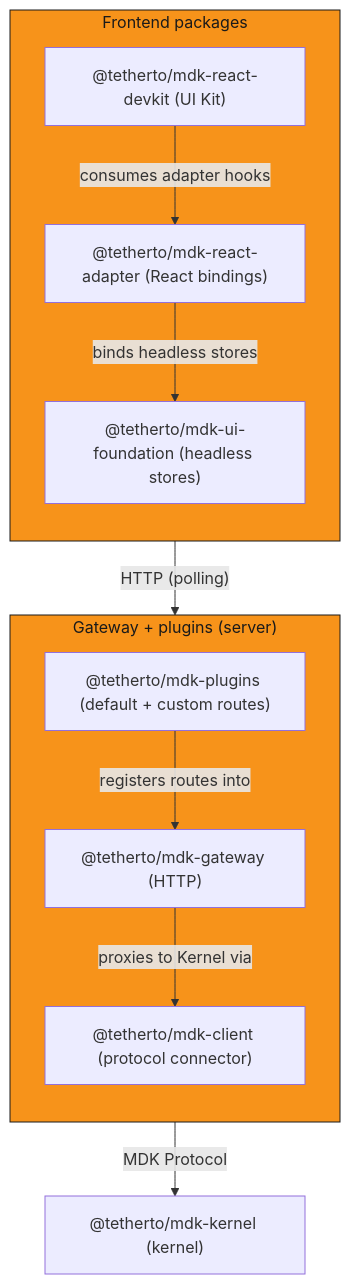
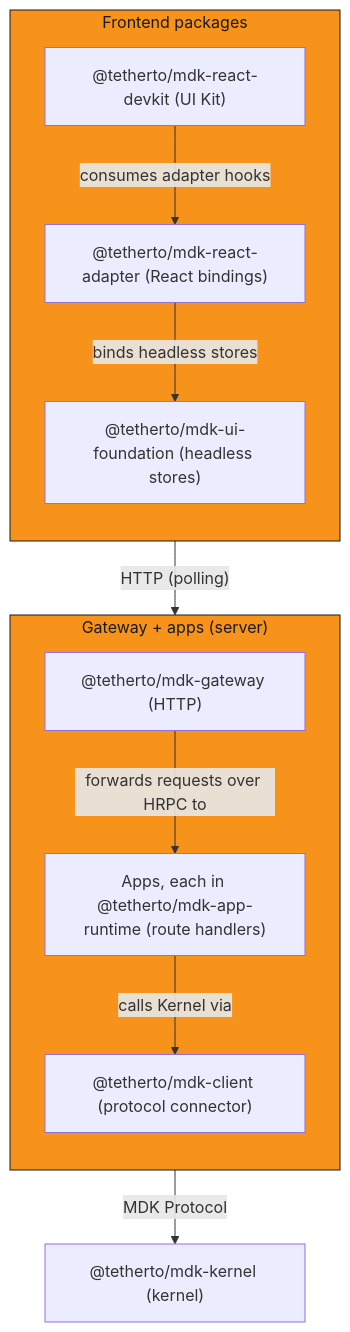
Before and after one commit to tekwani/mdk: the diagram in docs/concepts/app-toolkit.md, drawn with Mermaid. The commit also changed other lines of this file and 2410 other files, not shown here.

````diff
--- a/docs/concepts/app-toolkit.md
+++ b/docs/concepts/app-toolkit.md
@@ -60,28 +61,28 @@
 ```mermaid
 flowchart TD
     subgraph frontend ["Frontend packages"]
         direction TB
         UI_FOUNDATION["@tetherto/mdk-ui-foundation (headless stores)"]
         FRAMEWORKS["@tetherto/mdk-react-adapter (React bindings)"]
         UI_COMPS["@tetherto/mdk-react-devkit (UI Kit)"]
 
         UI_COMPS -->|consumes adapter hooks| FRAMEWORKS
         FRAMEWORKS -->|binds headless stores| UI_FOUNDATION
     end
 
-    subgraph backend ["Gateway + plugins (server)"]
+    subgraph backend ["Gateway + apps (server)"]
         direction TB
-        PLUGINS["@tetherto/mdk-plugins (default + custom routes)"]
         ROUTER["@tetherto/mdk-gateway (HTTP)"]
+        APPS["Apps, each in @tetherto/mdk-app-runtime (route handlers)"]
         CLIENT["@tetherto/mdk-client (protocol connector)"]
 
-        PLUGINS -->|registers routes into| ROUTER
-        ROUTER -->|proxies to Kernel via| CLIENT
+        ROUTER -->|forwards requests over HRPC to| APPS
+        APPS -->|calls Kernel via| CLIENT
     end
 
     UI_FOUNDATION -->|"HTTP (polling)"| ROUTER
     CLIENT -->|"MDK Protocol"| Kernel["@tetherto/mdk-kernel (kernel)"]
 
     style frontend fill:#F7931A,stroke:#1A1A1A,color:#1A1A1A
     style backend fill:#F7931A,stroke:#1A1A1A,color:#1A1A1A
 ```
````
